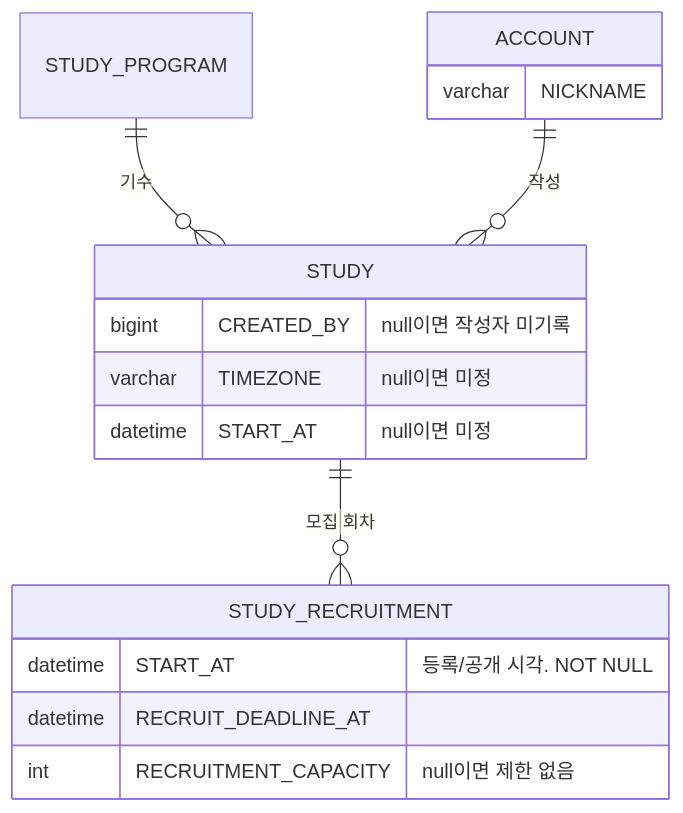
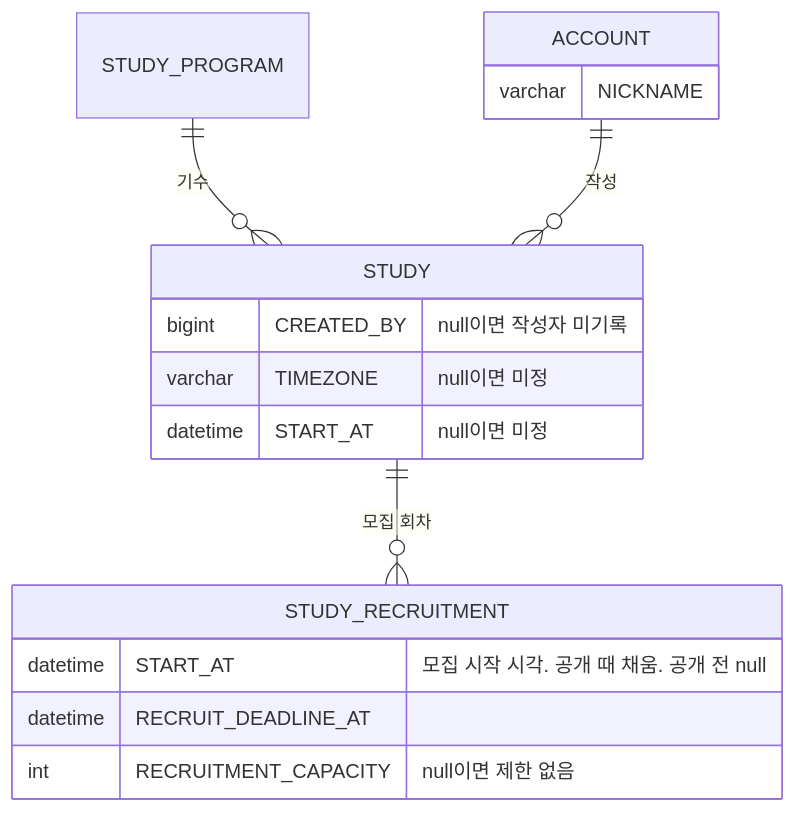
The second of 2 diagrams in 01-planning/stories/captain-list-all-studies/PRD.md (StudyClub-PlusPlus/studyclub-engineering), drawn with Mermaid before and after one commit. The commit also changed other lines of this file and 21 other files, not shown here.

````diff
--- a/01-planning/stories/captain-list-all-studies/PRD.md
+++ b/01-planning/stories/captain-list-all-studies/PRD.md
@@ -136,19 +136,19 @@
 ```mermaid
 erDiagram
   STUDY_PROGRAM ||--o{ STUDY : "기수"
   STUDY ||--o{ STUDY_RECRUITMENT : "모집 회차"
   ACCOUNT ||--o{ STUDY : "작성"
   STUDY {
     bigint CREATED_BY "null이면 작성자 미기록"
     varchar TIMEZONE "null이면 미정"
     datetime START_AT "null이면 미정"
   }
   STUDY_RECRUITMENT {
-    datetime START_AT "등록/공개 시각. NOT NULL"
+    datetime START_AT "모집 시작 시각. 공개 때 채움. 공개 전 null"
     datetime RECRUIT_DEADLINE_AT
     int RECRUITMENT_CAPACITY "null이면 제한 없음"
   }
   ACCOUNT {
     varchar NICKNAME
   }
 ```
````
